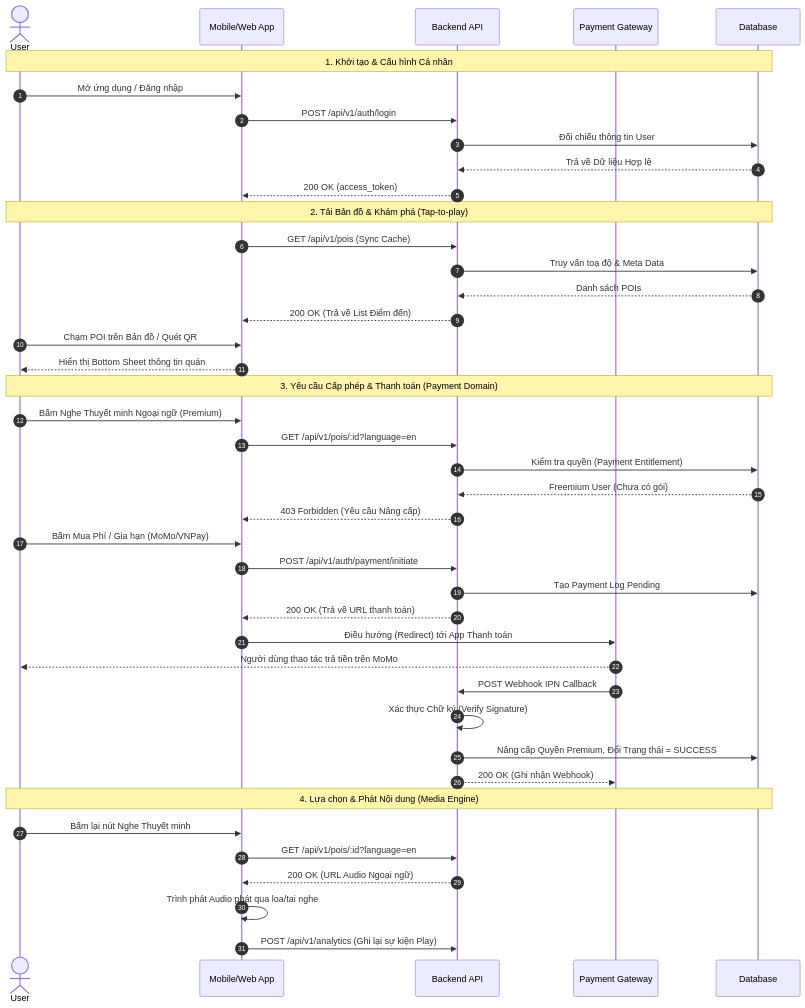
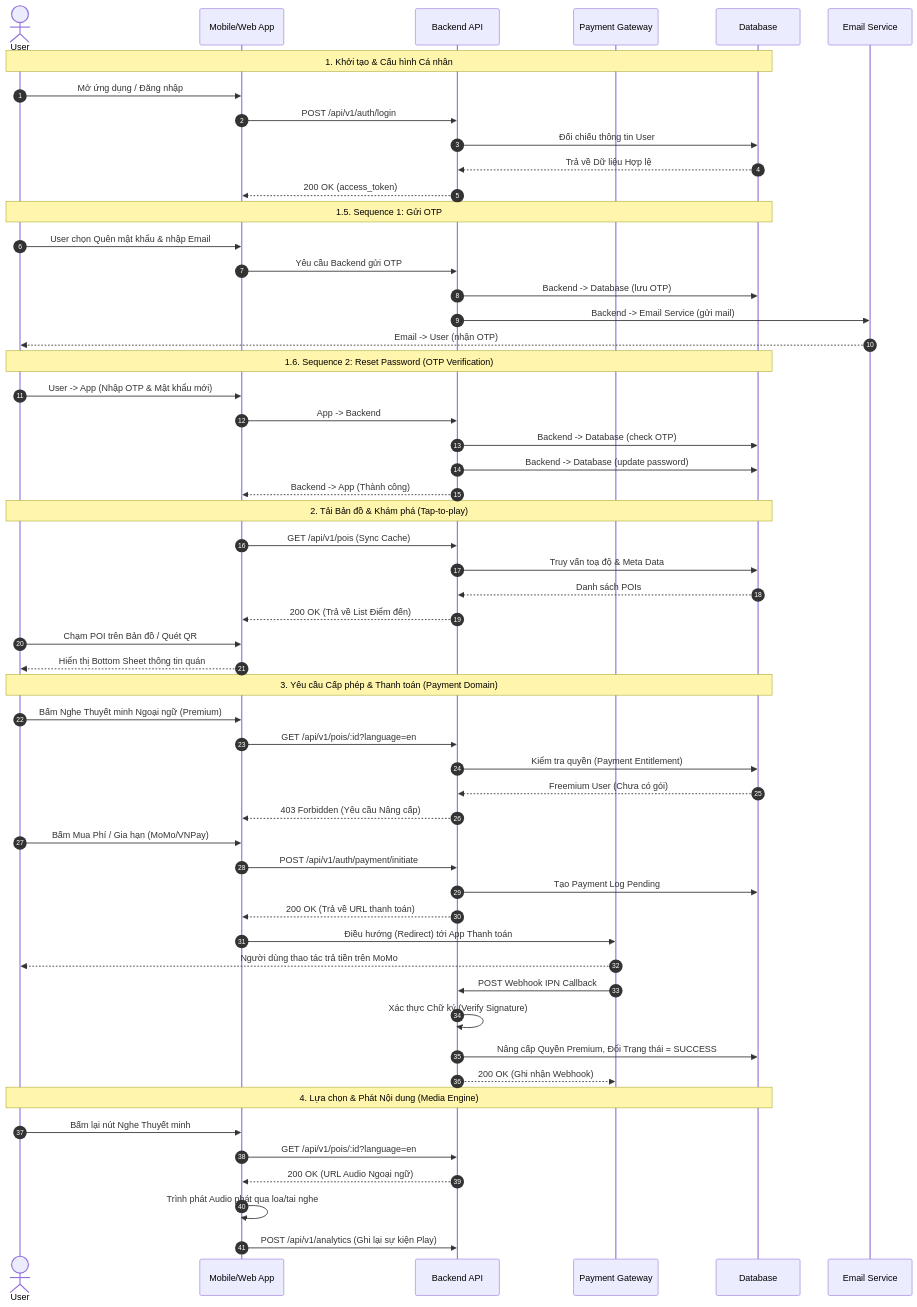
One commit to ngsouthbrother04/PhoAmThuc changed the first of 3 diagrams in docs/diagram-sequence.md. Above: the diagram before and after it, drawn with Mermaid. The commit also changed 3 other files, not shown here.

Commit message:
fix diagrams

````diff
--- a/docs/diagram-sequence.md
+++ b/docs/diagram-sequence.md
@@ -7,50 +7,65 @@
 ```mermaid
 sequenceDiagram
     autonumber
     actor U as User
     participant App as Mobile/Web App
     participant API as Backend API
     participant Pay as Payment Gateway
     participant DB as Database
+    participant EmailService as Email Service
 
     Note over U,DB: 1. Khởi tạo & Cấu hình Cá nhân
     U->>App: Mở ứng dụng / Đăng nhập
     App->>API: POST /api/v1/auth/login
     API->>DB: Đối chiếu thông tin User
     DB-->>API: Trả về Dữ liệu Hợp lệ
     API-->>App: 200 OK (access_token)
+
+    Note over U,DB: 1.5. Sequence 1: Gửi OTP
+    U->>App: User chọn Quên mật khẩu & nhập Email
+    App->>API: Yêu cầu Backend gửi OTP
+    API->>DB: Backend -> Database (lưu OTP)
+    API->>EmailService: Backend -> Email Service (gửi mail)
+    EmailService-->>U: Email -> User (nhận OTP)
+    
+    Note over U,DB: 1.6. Sequence 2: Reset Password (OTP Verification)
+    U->>App: User -> App (Nhập OTP & Mật khẩu mới)
+    App->>API: App -> Backend
+    API->>DB: Backend -> Database (check OTP)
+    API->>DB: Backend -> Database (update password)
+    API-->>App: Backend -> App (Thành công)
 
     Note over U,DB: 2. Tải Bản đồ & Khám phá (Tap-to-play)
     App->>API: GET /api/v1/pois (Sync Cache)
     API->>DB: Truy vấn toạ độ & Meta Data
     DB-->>API: Danh sách POIs
     API-->>App: 200 OK (Trả về List Điểm đến)
     U->>App: Chạm POI trên Bản đồ / Quét QR
     App-->>U: Hiển thị Bottom Sheet thông tin quán
 
     Note over U,DB: 3. Yêu cầu Cấp phép & Thanh toán (Payment Domain)
     U->>App: Bấm Nghe Thuyết minh Ngoại ngữ (Premium)
     App->>API: GET /api/v1/pois/:id?language=en
     API->>DB: Kiểm tra quyền (Payment Entitlement)
     DB-->>API: Freemium User (Chưa có gói)
     API-->>App: 403 Forbidden (Yêu cầu Nâng cấp)
     
     U->>App: Bấm Mua Phí / Gia hạn (MoMo/VNPay)
     App->>API: POST /api/v1/auth/payment/initiate
     API->>DB: Tạo Payment Log Pending
     API-->>App: 200 OK (Trả về URL thanh toán)
     App->>Pay: Điều hướng (Redirect) tới App Thanh toán
     
     Pay-->>U: Người dùng thao tác trả tiền trên MoMo
     Pay->>API: POST Webhook IPN Callback
     API->>API: Xác thực Chữ ký (Verify Signature)
     API->>DB: Nâng cấp Quyền Premium, Đổi Trạng thái = SUCCESS
     API-->>Pay: 200 OK (Ghi nhận Webhook)
 
     Note over U,DB: 4. Lựa chọn & Phát Nội dung (Media Engine)
     U->>App: Bấm lại nút Nghe Thuyết minh
     App->>API: GET /api/v1/pois/:id?language=en
     API-->>App: 200 OK (URL Audio Ngoại ngữ)
     App->>App: Trình phát Audio phát qua loa/tai nghe
     App->>API: POST /api/v1/analytics (Ghi lại sự kiện Play)
 ```
````
